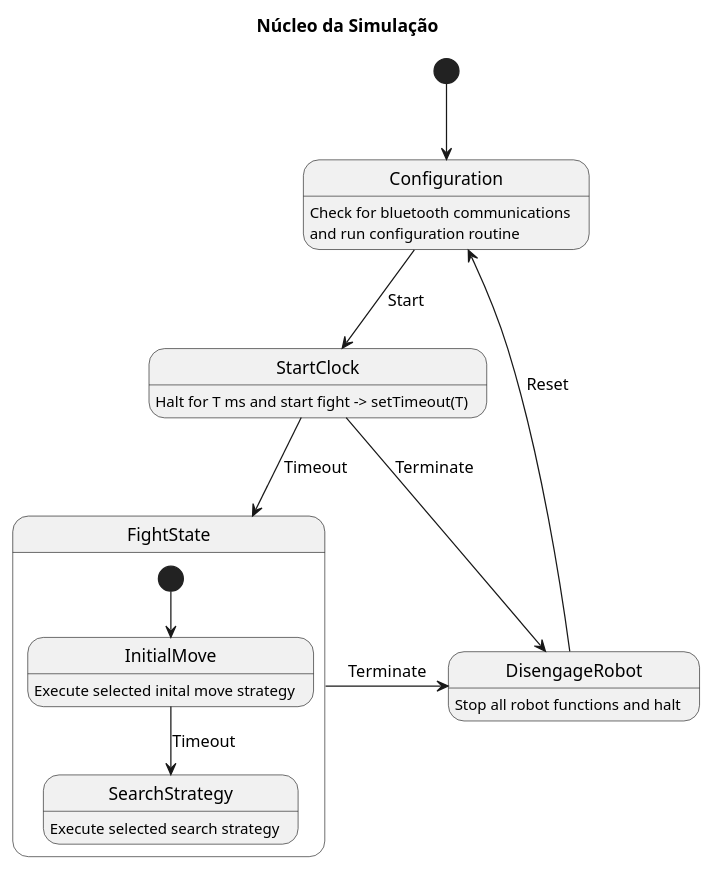
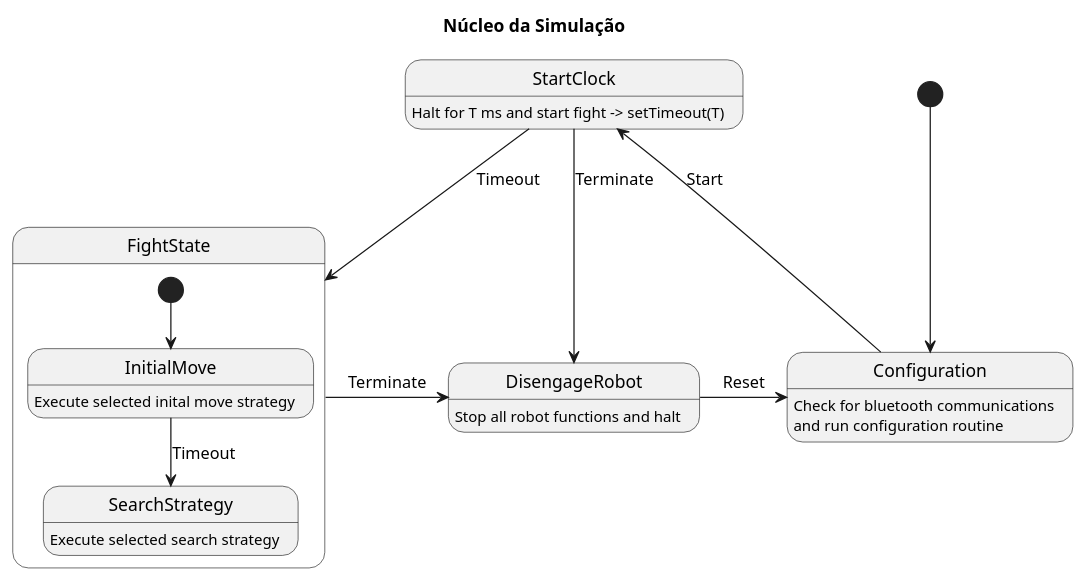
One commit to viniciusfneves/state-machine-sumo-controller changed the diagram in Integrado/Diagramas de Estado/Diagrama do núcleo da simulação.wsd. Above: the diagram before and after it, drawn with PlantUML.

Commit message:
Atualizando gráficos do diagrama

```diff
--- a/Integrado/Diagramas de Estado/Diagrama do núcleo da simulação.wsd
+++ b/Integrado/Diagramas de Estado/Diagrama do núcleo da simulação.wsd
@@ -1,27 +1,27 @@
 @startuml SimulationController
 
 title Núcleo da Simulação
 
 [*] --> Configuration
 Configuration --> StartClock : Start
+StartClock --> FightState : Timeout
 StartClock -r-> DisengageRobot : Terminate
-StartClock --> FightState : Timeout
 FightState -r-> DisengageRobot : Terminate
-DisengageRobot -u-> Configuration : Reset
+DisengageRobot -> Configuration : Reset
 
 state FightState{
     [*] --> InitialMove
     InitialMove --> SearchStrategy : Timeout
 }
 
 /'
 ' Descrições
 '/
 
 Configuration : Check for bluetooth communications\nand run configuration routine
 StartClock : Halt for T ms and start fight -> setTimeout(T)
 DisengageRobot : Stop all robot functions and halt
 InitialMove : Execute selected inital move strategy
 SearchStrategy : Execute selected search strategy
 
 @enduml
```
